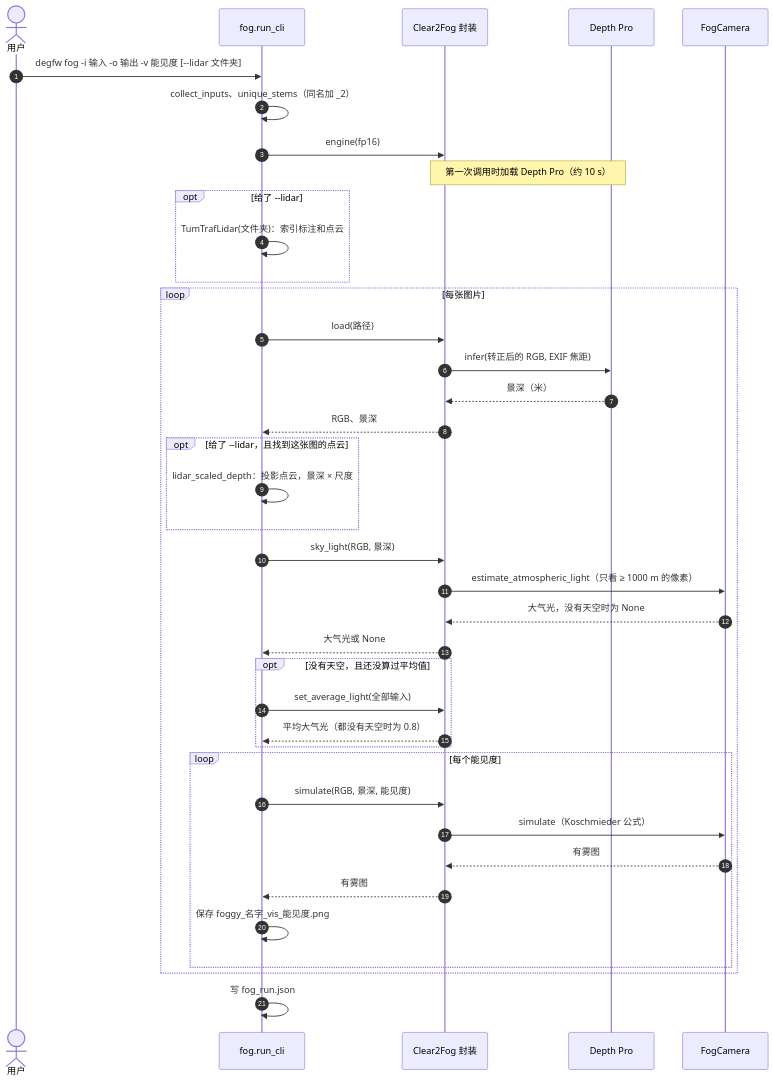
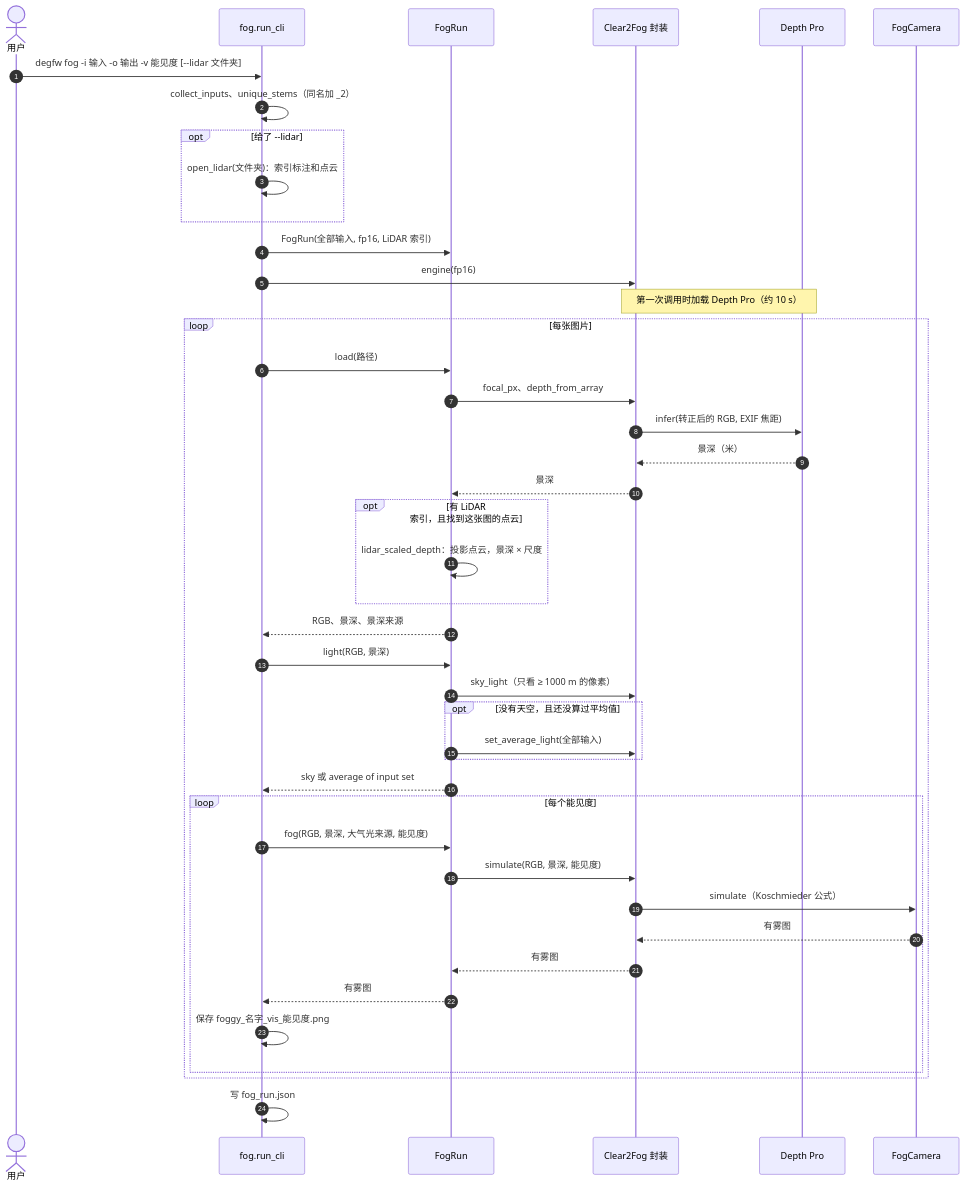
The fourth of 4 diagrams in doc/architecture.md (Tommy6015/degradation-framework), drawn with Mermaid before and after one commit. The commit also changed other lines of this file and 38 other files, not shown here.

````diff
--- a/doc/architecture.md
+++ b/doc/architecture.md
@@ -244,42 +269,46 @@
 ```mermaid
 sequenceDiagram
     autonumber
     actor UF as 用户
     participant F as fog.run_cli
+    participant FR as FogRun
     participant E as Clear2Fog 封装
     participant DP as Depth Pro
     participant FC as FogCamera
 
     UF->>F: degfw fog -i 输入 -o 输出 -v 能见度 [--lidar 文件夹]
     F->>F: collect_inputs、unique_stems（同名加 _2）
+    opt 给了 --lidar
+        F->>F: open_lidar(文件夹)：索引标注和点云
+    end
+    F->>FR: FogRun(全部输入, fp16, LiDAR 索引)
     F->>E: engine(fp16)
     Note over E,DP: 第一次调用时加载 Depth Pro（约 10 s）
-    opt 给了 --lidar
-        F->>F: TumTrafLidar(文件夹)：索引标注和点云
-    end
     loop 每张图片
-        F->>E: load(路径)
+        F->>FR: load(路径)
+        FR->>E: focal_px、depth_from_array
         E->>DP: infer(转正后的 RGB, EXIF 焦距)
         DP-->>E: 景深（米）
-        E-->>F: RGB、景深
-        opt 给了 --lidar，且找到这张图的点云
-            F->>F: lidar_scaled_depth：投影点云，景深 × 尺度
+        E-->>FR: 景深
+        opt 有 LiDAR 索引，且找到这张图的点云
+            FR->>FR: lidar_scaled_depth：投影点云，景深 × 尺度
         end
-        F->>E: sky_light(RGB, 景深)
-        E->>FC: estimate_atmospheric_light（只看 ≥ 1000 m 的像素）
-        FC-->>E: 大气光，没有天空时为 None
-        E-->>F: 大气光或 None
+        FR-->>F: RGB、景深、景深来源
+        F->>FR: light(RGB, 景深)
+        FR->>E: sky_light（只看 ≥ 1000 m 的像素）
         opt 没有天空，且还没算过平均值
-            F->>E: set_average_light(全部输入)
-            E-->>F: 平均大气光（都没有天空时为 0.8）
+            FR->>E: set_average_light(全部输入)
         end
+        FR-->>F: sky 或 average of input set
         loop 每个能见度
-            F->>E: simulate(RGB, 景深, 能见度)
+            F->>FR: fog(RGB, 景深, 大气光来源, 能见度)
+            FR->>E: simulate(RGB, 景深, 能见度)
             E->>FC: simulate（Koschmieder 公式）
             FC-->>E: 有雾图
-            E-->>F: 有雾图
+            E-->>FR: 有雾图
+            FR-->>F: 有雾图
             F->>F: 保存 foggy_名字_vis_能见度.png
         end
     end
     F->>F: 写 fog_run.json
 ```
````
